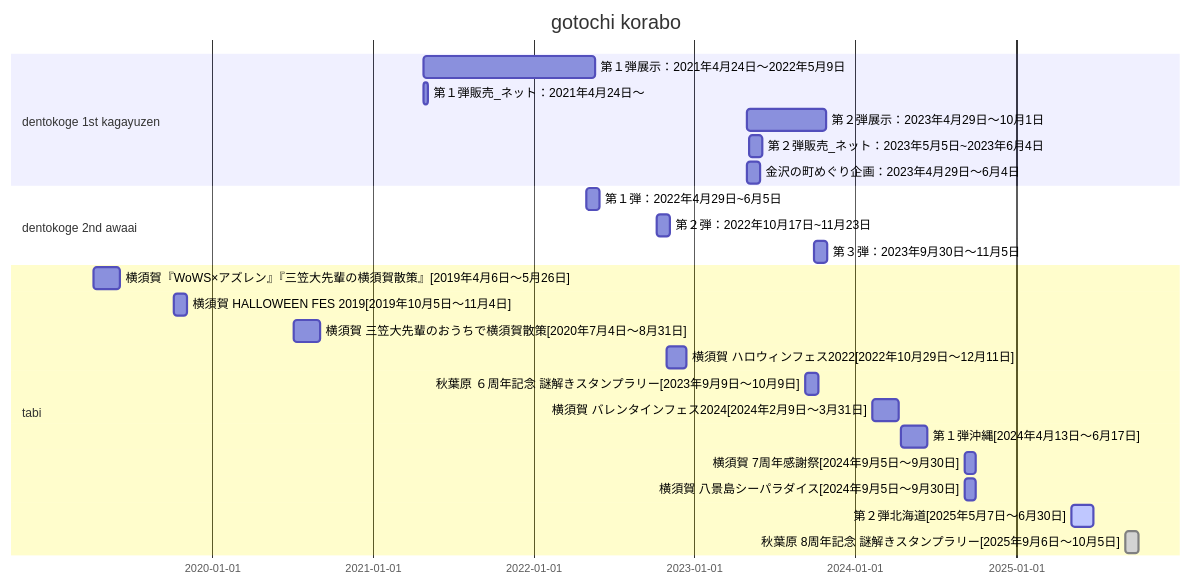
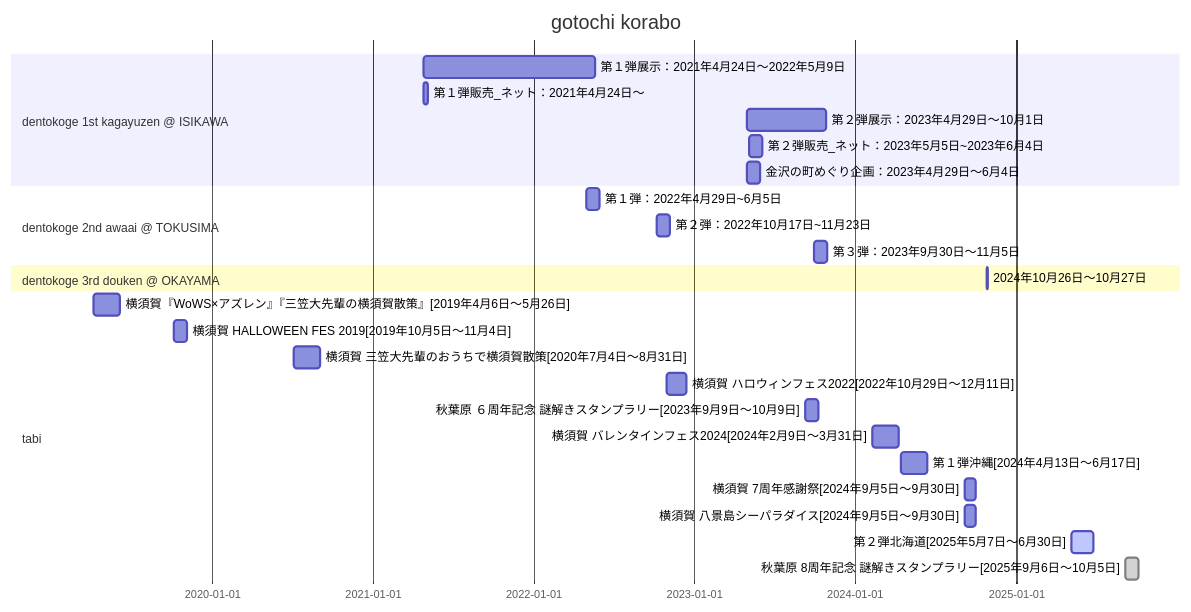
The diagram in 정리_세계시간.md (JihongNMI/SQL-and-Java), drawn with Mermaid before and after one commit. The commit also changed other lines of this file, not shown here.

````diff
--- a/정리_세계시간.md
+++ b/정리_세계시간.md
@@ -1,37 +1,40 @@
 ```mermaid
 gantt
     title gotochi korabo
     dateFormat  YYYY-MM-DD
 
-    section dentokoge 1st kagayuzen
+    section dentokoge 1st kagayuzen @ ISIKAWA
     第１弾展示：2021年4月24日～2022年5月9日    :    2021-04-24, 390d
     第１弾販売_ネット：2021年4月24日～    :    2021-04-24, 10d
     
     第２弾展示：2023年4月29日～10月1日    :    2023-04-29, 180d
     第２弾販売_ネット：2023年5月5日~2023年6月4日    :    2023-05-05, 30d
     金沢の町めぐり企画：2023年4月29日～6月4日    :    2023-04-29, 30d
 
-    section dentokoge 2nd awaai
+    section dentokoge 2nd awaai @ TOKUSIMA
     第１弾：2022年4月29日~6月5日    :    2022-04-29, 30d
     第２弾：2022年10月17日~11月23日    :    2022-10-07, 30d
     第３弾：2023年9月30日～11月5日    :    2023-09-30, 30d
+
+    section dentokoge 3rd douken @ OKAYAMA
+    2024年10月26日～10月27日    :    2024-10-26, 2d
 
     section tabi
     横須賀『WoWS×アズレン』『三笠大先輩の横須賀散策』[2019年4月6日～5月26日]    :    2019-04-06, 60d
     横須賀 HALLOWEEN FES 2019[2019年10月5日～11月4日]    :    2019-10-05, 30d
 
     横須賀 三笠大先輩のおうちで横須賀散策[2020年7月4日～8月31日]    :    2020-07-04, 60d
 
     横須賀 ハロウィンフェス2022[2022年10月29日～12月11日]    :    2022-10-29, 45d
 
     秋葉原 ６周年記念 謎解きスタンプラリー[2023年9月9日～10月9日]    :    2023-09-09, 30d
 
     横須賀 バレンタインフェス2024[2024年2月9日～3月31日]    :    2024-02-09, 60d
     第１弾沖縄[2024年4月13日～6月17日]    :    2024-04-13, 60d
     横須賀 7周年感謝祭[2024年9月5日～9月30日]    :    2024-09-05, 25d
     横須賀 八景島シーパラダイス[2024年9月5日～9月30日]    :    2024-09-05, 25d
 
     第２弾北海道[2025年5月7日～6月30日]    :    active, 2025-05-07, 50d
     秋葉原 8周年記念 謎解きスタンプラリー[2025年9月6日～10月5日]    :    done, 2025-09-06, 30d
 
 ```
````
